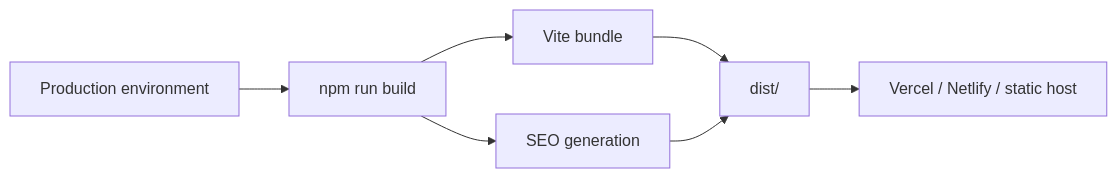
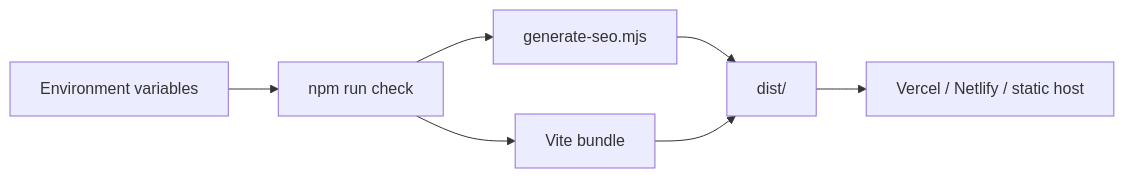
The first of 4 diagrams in docs/DEPLOYMENT.md (SidheshwarSarangal/portfoionew), drawn with Mermaid before and after one commit. The commit also changed other lines of this file and 8 other files, not shown here.

````diff
--- a/docs/DEPLOYMENT.md
+++ b/docs/DEPLOYMENT.md
@@ -5,9 +5,9 @@
 ```mermaid
 flowchart LR
-  Env[Production environment] --> Build[npm run build]
-  Build --> Vite[Vite bundle]
-  Build --> SEO[SEO generation]
-  Vite --> Dist[dist/]
-  SEO --> Dist
+  Env[Environment variables] --> Check[npm run check]
+  Check --> SEO[generate-seo.mjs]
+  Check --> Vite[Vite bundle]
+  SEO --> Dist[dist/]
+  Vite --> Dist
   Dist --> Host[Vercel / Netlify / static host]
 ```
````
